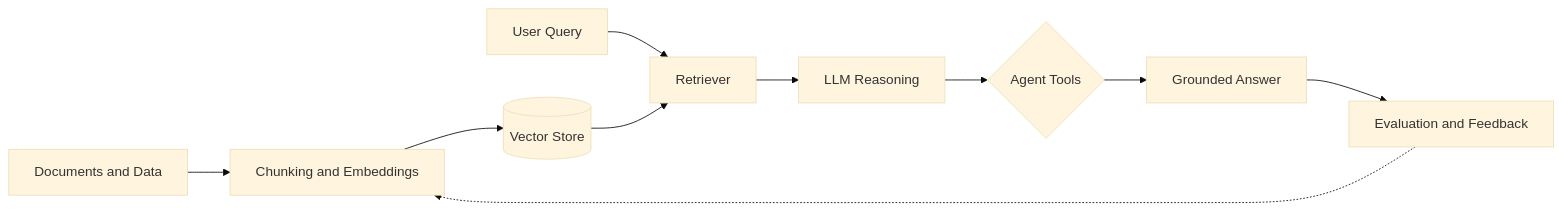
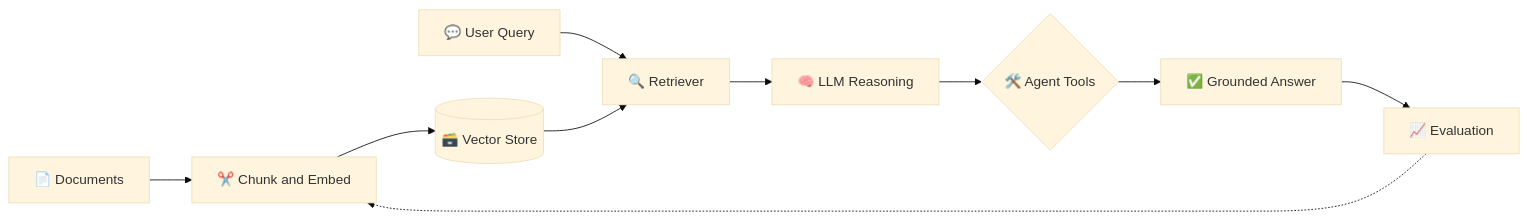
One commit to Chitresh-Bhatia-264/Chitresh-Bhatia-264 changed the second of 2 diagrams in README.md. Above: the diagram before and after it, drawn with Mermaid (base theme). The commit also changed other lines of this file, not shown here.

````diff
--- a/README.md
+++ b/README.md
@@ -98,12 +104,12 @@
 ```mermaid
 flowchart LR
-    A[Documents and Data] --> B[Chunking and Embeddings]
-    B --> C[(Vector Store)]
-    D[User Query] --> E[Retriever]
+    A[📄 Documents] --> B[✂️ Chunk and Embed]
+    B --> C[(🗃️ Vector Store)]
+    D[💬 User Query] --> E[🔍 Retriever]
     C --> E
-    E --> F[LLM Reasoning]
-    F --> G{Agent Tools}
-    G --> H[Grounded Answer]
-    H --> I[Evaluation and Feedback]
+    E --> F[🧠 LLM Reasoning]
+    F --> G{🛠️ Agent Tools}
+    G --> H[✅ Grounded Answer]
+    H --> I[📈 Evaluation]
     I -.-> B
 ```
````
